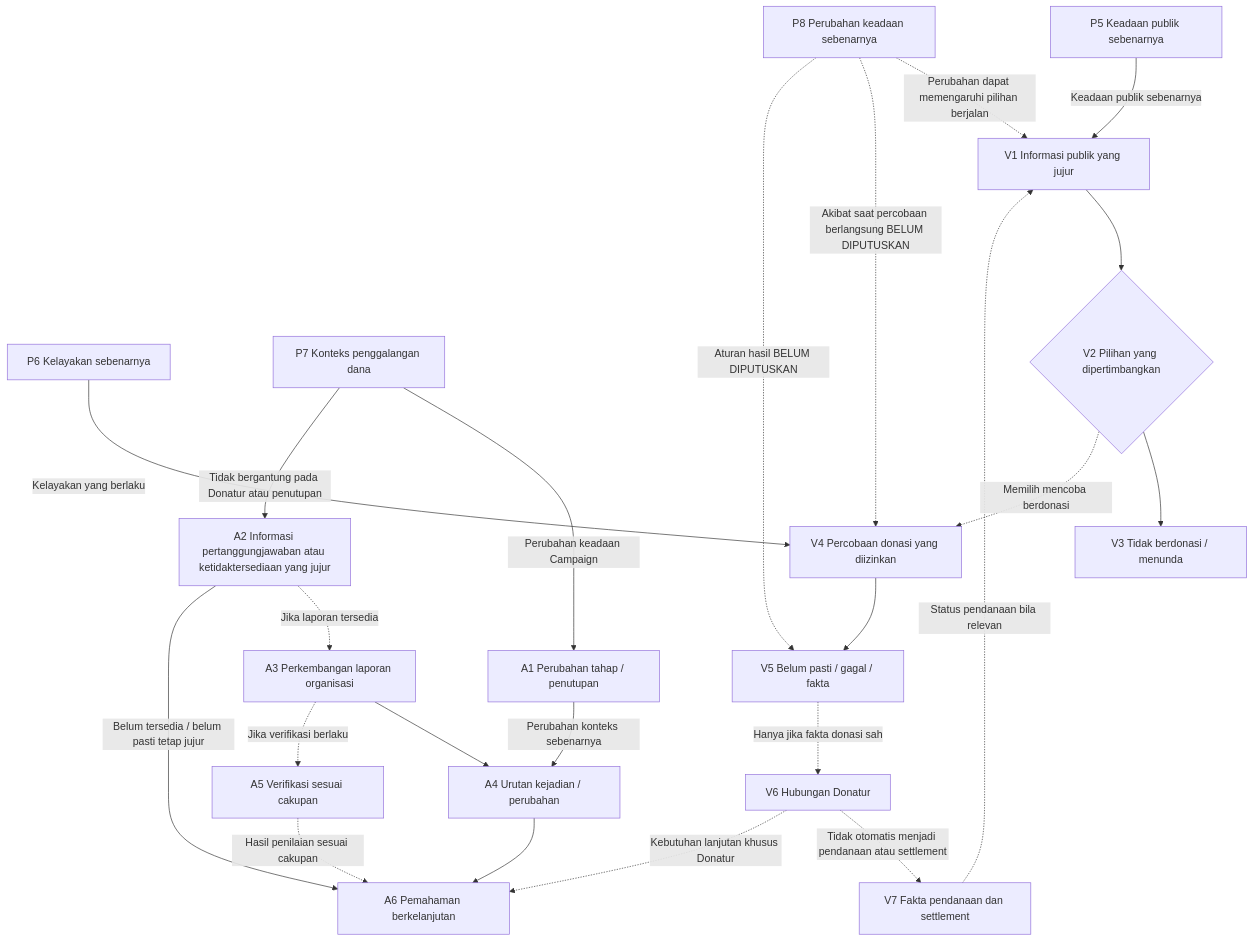
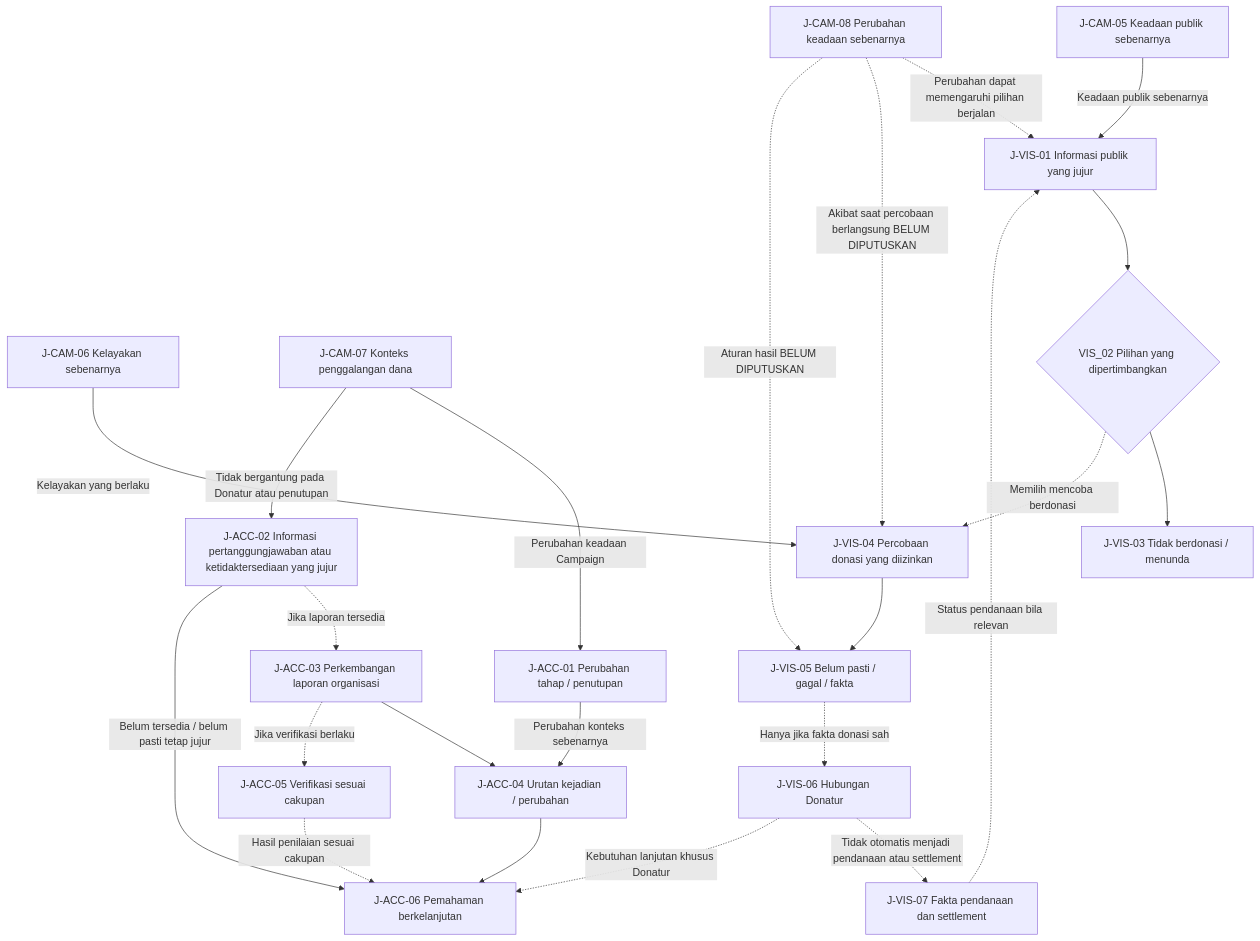
Before and after one commit to anhsbolic/kencleng: the second of 2 diagrams in docs/product/interconnected-journeys/level-2-network.md, drawn with Mermaid. The commit also changed other lines of this file, not shown here.

````diff
--- a/docs/product/interconnected-journeys/level-2-network.md
+++ b/docs/product/interconnected-journeys/level-2-network.md
@@ -164,43 +164,43 @@
 ```mermaid
 flowchart TB
-    P5["P5 Keadaan publik sebenarnya"]
-    P6["P6 Kelayakan sebenarnya"]
-    P7["P7 Konteks penggalangan dana"]
-    P8["P8 Perubahan keadaan sebenarnya"]
-    V1["V1 Informasi publik yang jujur"]
-    V2{"V2 Pilihan yang dipertimbangkan"}
-    V3["V3 Tidak berdonasi / menunda"]
-    V4["V4 Percobaan donasi yang diizinkan"]
-    V5["V5 Belum pasti / gagal / fakta"]
-    V6["V6 Hubungan Donatur"]
-    V7["V7 Fakta pendanaan dan settlement"]
-    A1["A1 Perubahan tahap / penutupan"]
-    A2["A2 Informasi pertanggungjawaban atau ketidaktersediaan yang jujur"]
-    A3["A3 Perkembangan laporan organisasi"]
-    A4["A4 Urutan kejadian / perubahan"]
-    A5["A5 Verifikasi sesuai cakupan"]
-    A6["A6 Pemahaman berkelanjutan"]
+    CAM_05["J-CAM-05 Keadaan publik sebenarnya"]
+    CAM_06["J-CAM-06 Kelayakan sebenarnya"]
+    CAM_07["J-CAM-07 Konteks penggalangan dana"]
+    CAM_08["J-CAM-08 Perubahan keadaan sebenarnya"]
+    VIS_01["J-VIS-01 Informasi publik yang jujur"]
+    VIS_02{"VIS_02 Pilihan yang dipertimbangkan"}
+    VIS_03["J-VIS-03 Tidak berdonasi / menunda"]
+    VIS_04["J-VIS-04 Percobaan donasi yang diizinkan"]
+    VIS_05["J-VIS-05 Belum pasti / gagal / fakta"]
+    VIS_06["J-VIS-06 Hubungan Donatur"]
+    VIS_07["J-VIS-07 Fakta pendanaan dan settlement"]
+    ACC_01["J-ACC-01 Perubahan tahap / penutupan"]
+    ACC_02["J-ACC-02 Informasi pertanggungjawaban atau ketidaktersediaan yang jujur"]
+    ACC_03["J-ACC-03 Perkembangan laporan organisasi"]
+    ACC_04["J-ACC-04 Urutan kejadian / perubahan"]
+    ACC_05["J-ACC-05 Verifikasi sesuai cakupan"]
+    ACC_06["J-ACC-06 Pemahaman berkelanjutan"]
 
-    P5 -->|"Keadaan publik sebenarnya"| V1
-    V7 -. "Status pendanaan bila relevan" .-> V1
-    V1 --> V2
-    V2 --> V3
-    V2 -. "Memilih mencoba berdonasi" .-> V4
-    P6 -->|"Kelayakan yang berlaku"| V4
-    P8 -. "Perubahan dapat memengaruhi pilihan berjalan" .-> V1
-    P8 -. "Akibat saat percobaan berlangsung BELUM DIPUTUSKAN" .-> V4
-    P8 -. "Aturan hasil BELUM DIPUTUSKAN" .-> V5
-    V4 --> V5
-    V5 -. "Hanya jika fakta donasi sah" .-> V6
-    V6 -. "Tidak otomatis menjadi pendanaan atau settlement" .-> V7
-    P7 -->|"Perubahan keadaan Campaign"| A1
-    P7 -->|"Tidak bergantung pada Donatur atau penutupan"| A2
-    A1 -->|"Perubahan konteks sebenarnya"| A4
-    A2 -. "Jika laporan tersedia" .-> A3
-    A2 -->|"Belum tersedia / belum pasti tetap jujur"| A6
-    A3 --> A4
-    A3 -. "Jika verifikasi berlaku" .-> A5
-    A4 --> A6
-    A5 -. "Hasil penilaian sesuai cakupan" .-> A6
-    V6 -. "Kebutuhan lanjutan khusus Donatur" .-> A6
+    CAM_05 -->|"Keadaan publik sebenarnya"| VIS_01
+    VIS_07 -. "Status pendanaan bila relevan" .-> VIS_01
+    VIS_01 --> VIS_02
+    VIS_02 --> VIS_03
+    VIS_02 -. "Memilih mencoba berdonasi" .-> VIS_04
+    CAM_06 -->|"Kelayakan yang berlaku"| VIS_04
+    CAM_08 -. "Perubahan dapat memengaruhi pilihan berjalan" .-> VIS_01
+    CAM_08 -. "Akibat saat percobaan berlangsung BELUM DIPUTUSKAN" .-> VIS_04
+    CAM_08 -. "Aturan hasil BELUM DIPUTUSKAN" .-> VIS_05
+    VIS_04 --> VIS_05
+    VIS_05 -. "Hanya jika fakta donasi sah" .-> VIS_06
+    VIS_06 -. "Tidak otomatis menjadi pendanaan atau settlement" .-> VIS_07
+    CAM_07 -->|"Perubahan keadaan Campaign"| ACC_01
+    CAM_07 -->|"Tidak bergantung pada Donatur atau penutupan"| ACC_02
+    ACC_01 -->|"Perubahan konteks sebenarnya"| ACC_04
+    ACC_02 -. "Jika laporan tersedia" .-> ACC_03
+    ACC_02 -->|"Belum tersedia / belum pasti tetap jujur"| ACC_06
+    ACC_03 --> ACC_04
+    ACC_03 -. "Jika verifikasi berlaku" .-> ACC_05
+    ACC_04 --> ACC_06
+    ACC_05 -. "Hasil penilaian sesuai cakupan" .-> ACC_06
+    VIS_06 -. "Kebutuhan lanjutan khusus Donatur" .-> ACC_06
 ```
````
